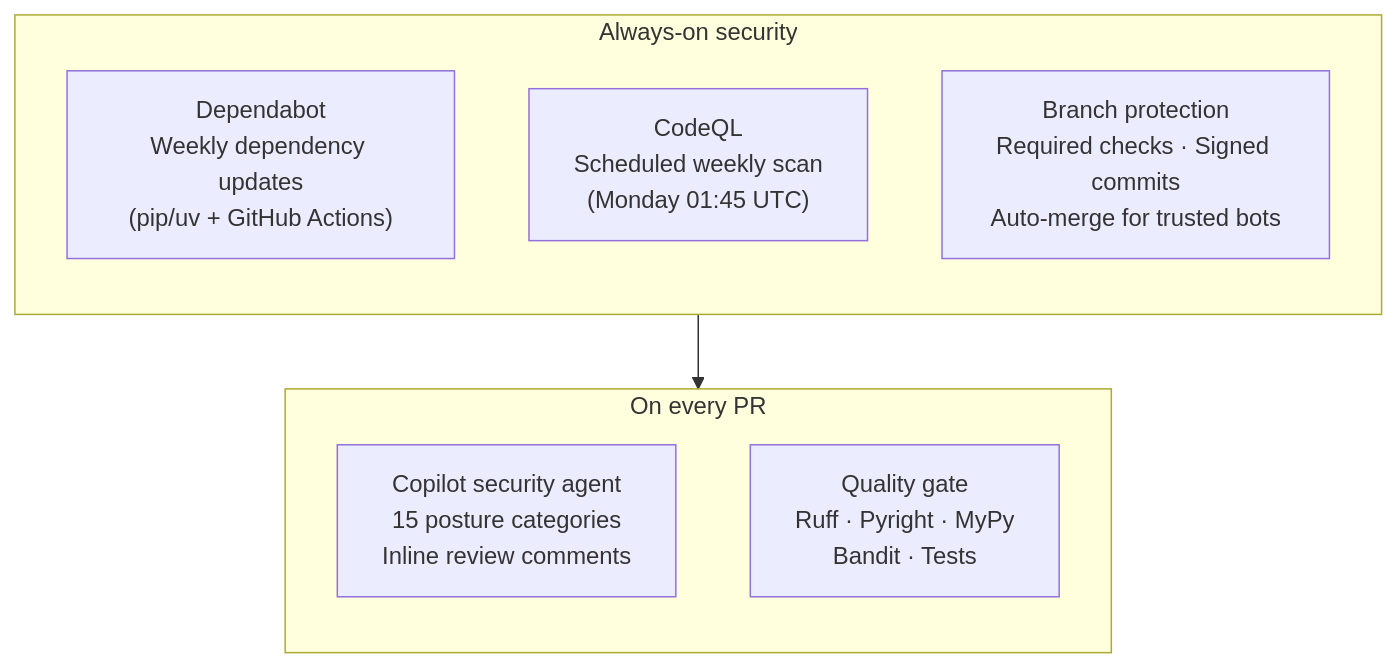
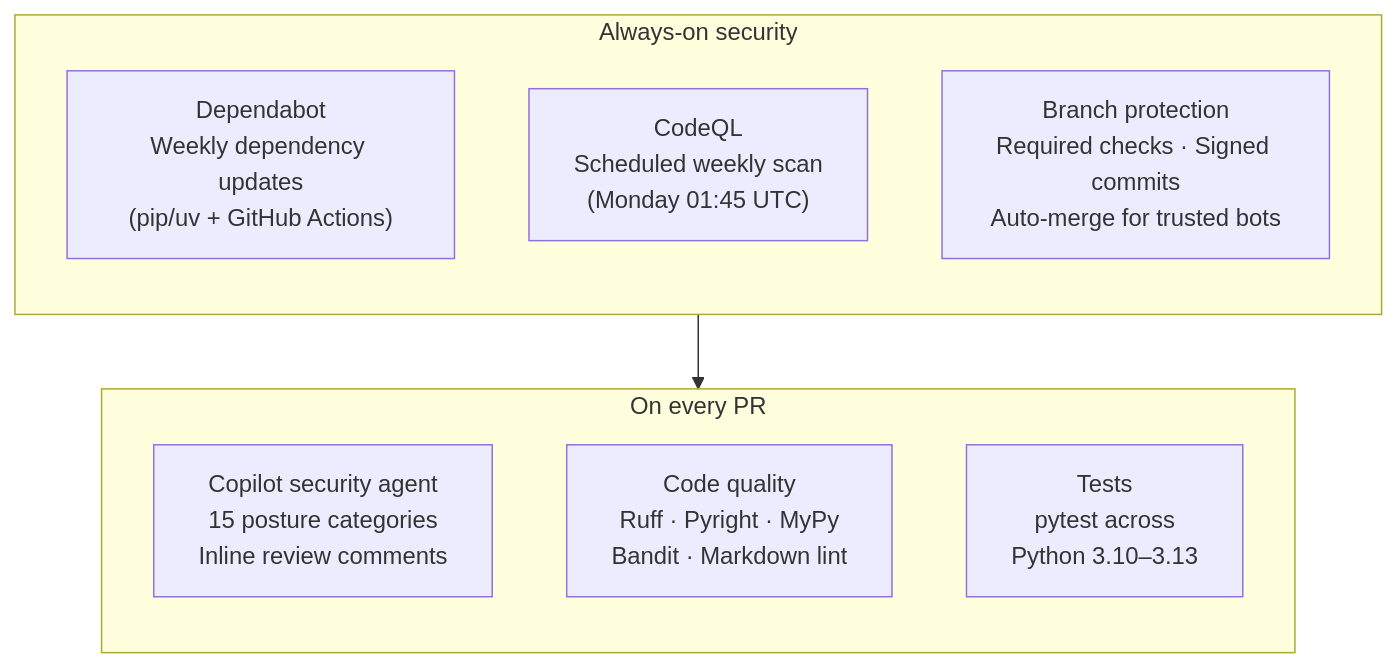
One commit to pmalarme/python-agent-template changed the ninth of 9 diagrams in README.md. Above: the diagram before and after it, drawn with Mermaid. The commit also changed other lines of this file and 12 other files, not shown here.

````diff
--- a/README.md
+++ b/README.md
@@ -279,17 +318,18 @@
 ```mermaid
 flowchart TD
     subgraph always["Always-on security"]
         direction TB
         DEP["Dependabot<br/>Weekly dependency updates<br/>(pip/uv + GitHub Actions)"]
         CQL["CodeQL<br/>Scheduled weekly scan<br/>(Monday 01:45 UTC)"]
         BP["Branch protection<br/>Required checks · Signed commits<br/>Auto-merge for trusted bots"]
     end
 
     subgraph pr["On every PR"]
         direction TB
         SR["Copilot security agent<br/>15 posture categories<br/>Inline review comments"]
-        CHECKS["Quality gate<br/>Ruff · Pyright · MyPy<br/>Bandit · Tests"]
+        QUAL["Code quality<br/>Ruff · Pyright · MyPy<br/>Bandit · Markdown lint"]
+        TESTS["Tests<br/>pytest across<br/>Python 3.10–3.13"]
     end
 
     always --> pr
 ```
````
